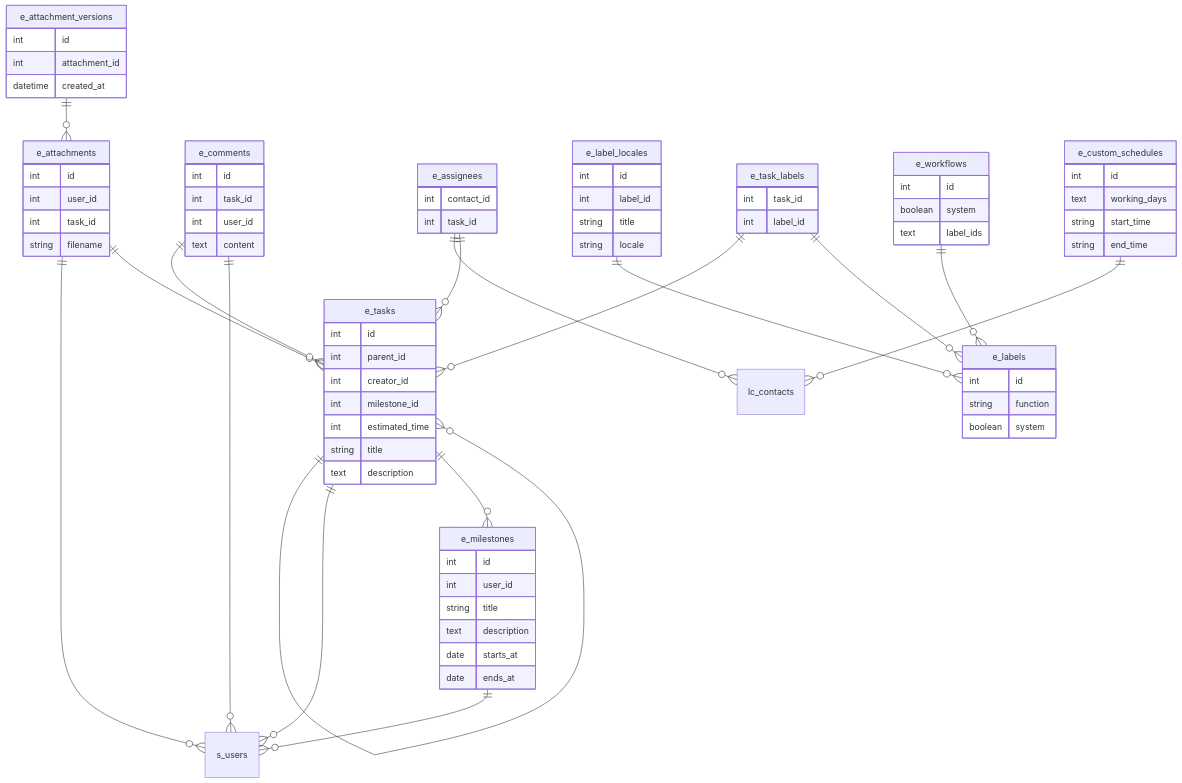
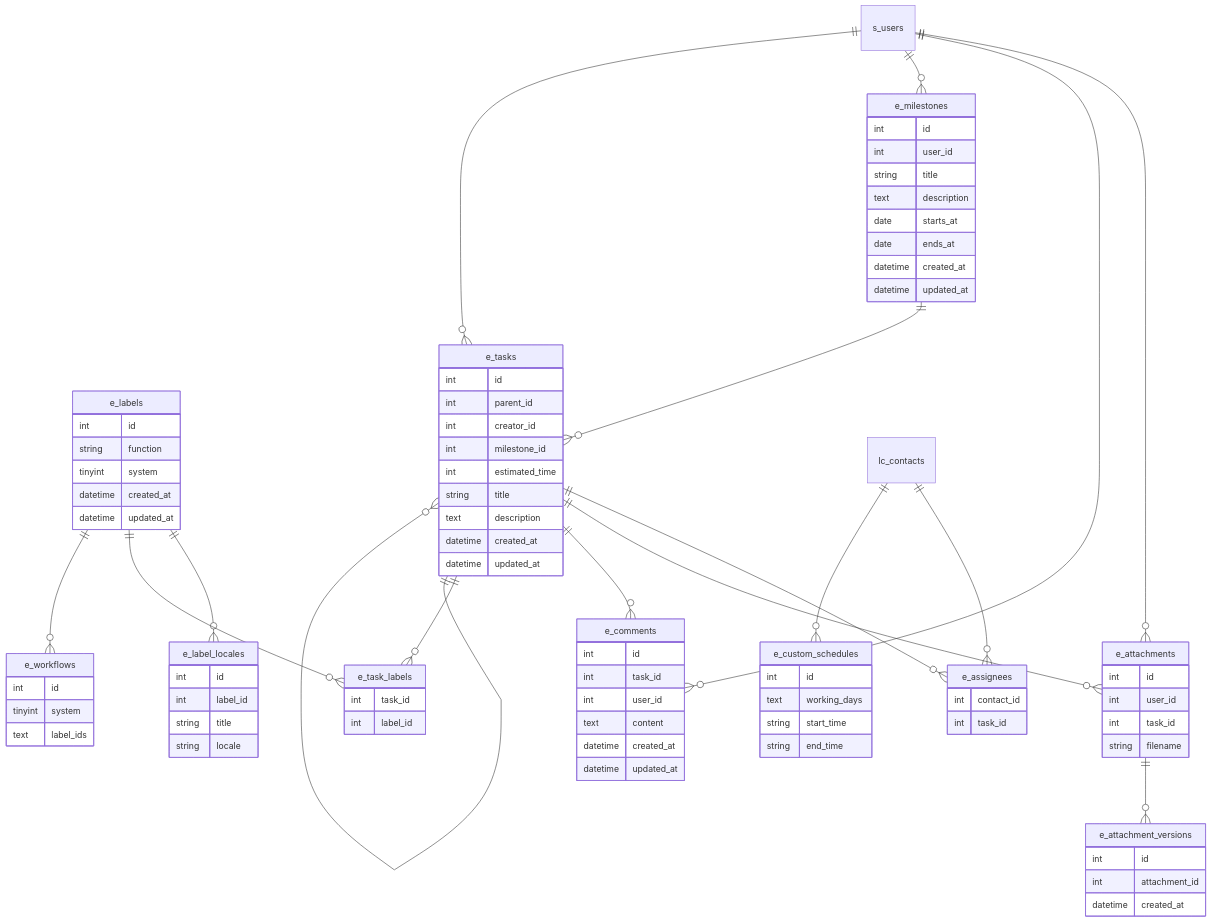
The diagram in docs/database/emerald-diagram.md (grey-dev-0/oaters), drawn with Mermaid before and after one commit. The commit also changed 10 other files, not shown here.

Commit message:
Updated ERD generation based on deployed database schema instead of migration files scanning.

````diff
--- a/docs/database/emerald-diagram.md
+++ b/docs/database/emerald-diagram.md
@@ -3,5 +3,47 @@
 ```mermaid
 erDiagram
+    e_assignees {
+        int contact_id
+        int task_id
+    }
+    e_attachment_versions {
+        int id
+        int attachment_id
+        datetime created_at
+    }
+    e_attachments {
+        int id
+        int user_id
+        int task_id
+        string filename
+    }
+    e_comments {
+        int id
+        int task_id
+        int user_id
+        text content
+        datetime created_at
+        datetime updated_at
+    }
+    e_custom_schedules {
+        int id
+        text working_days
+        string start_time
+        string end_time
+    }
+    e_label_locales {
+        int id
+        int label_id
+        string title
+        string locale
+    }
+    e_labels {
+        int id
+        string function
+        tinyint system
+        datetime created_at
+        datetime updated_at
+    }
     e_milestones {
         int id
         int user_id
@@ -9,6 +51,12 @@
         text description
         date starts_at
         date ends_at
+        datetime created_at
+        datetime updated_at
+    }
+    e_task_labels {
+        int task_id
+        int label_id
     }
     e_tasks {
         int id
@@ -18,69 +66,29 @@
         int estimated_time
         string title
         text description
-    }
-    e_attachments {
-        int id
-        int user_id
-        int task_id
-        string filename
-    }
-    e_attachment_versions {
-        int id
-        int attachment_id
         datetime created_at
-    }
-    e_comments {
-        int id
-        int task_id
-        int user_id
-        text content
-    }
-    e_assignees {
-        int contact_id
-        int task_id
-    }
-    e_labels {
-        int id
-        string function
-        boolean system
-    }
-    e_label_locales {
-        int id
-        int label_id
-        string title
-        string locale
-    }
-    e_task_labels {
-        int task_id
-        int label_id
+        datetime updated_at
     }
     e_workflows {
         int id
-        boolean system
+        tinyint system
         text label_ids
     }
-    e_custom_schedules {
-        int id
-        text working_days
-        string start_time
-        string end_time
-    }
-    e_milestones ||--o{ s_users : ""
+    lc_contacts ||--o{ e_assignees : ""
+    e_tasks ||--o{ e_assignees : ""
+    e_attachments ||--o{ e_attachment_versions : ""
+    e_tasks ||--o{ e_attachments : ""
+    s_users ||--o{ e_attachments : ""
+    e_tasks ||--o{ e_comments : ""
+    s_users ||--o{ e_comments : ""
+    lc_contacts ||--o{ e_custom_schedules : ""
+    e_labels ||--o{ e_label_locales : ""
+    s_users ||--o{ e_milestones : ""
+    e_labels ||--o{ e_task_labels : ""
+    e_tasks ||--o{ e_task_labels : ""
+    s_users ||--o{ e_tasks : ""
+    e_milestones ||--o{ e_tasks : ""
     e_tasks ||--o{ e_tasks : ""
-    e_tasks ||--o{ s_users : ""
-    e_tasks ||--o{ e_milestones : ""
-    e_attachments ||--o{ s_users : ""
-    e_attachments ||--o{ e_tasks : ""
-    e_attachment_versions ||--o{ e_attachments : ""
-    e_comments ||--o{ e_tasks : ""
-    e_comments ||--o{ s_users : ""
-    e_assignees ||--o{ lc_contacts : ""
-    e_assignees ||--o{ e_tasks : ""
-    e_label_locales ||--o{ e_labels : ""
-    e_task_labels ||--o{ e_tasks : ""
-    e_task_labels ||--o{ e_labels : ""
-    e_workflows ||--o{ e_labels : ""
-    e_custom_schedules ||--o{ lc_contacts : ""
+    e_labels ||--o{ e_workflows : ""
 
 ```
````
